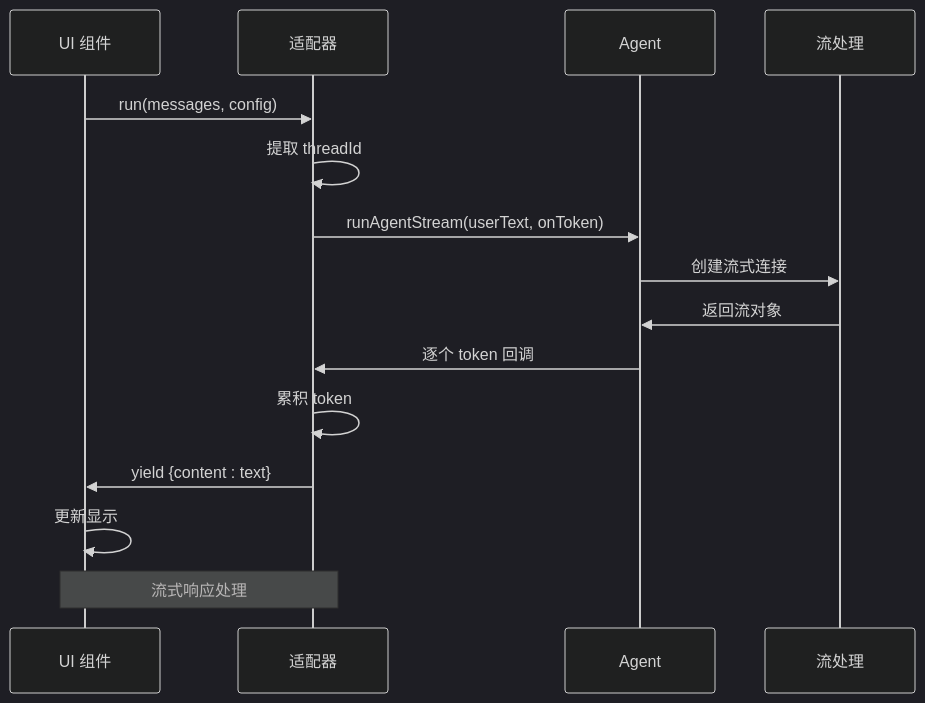
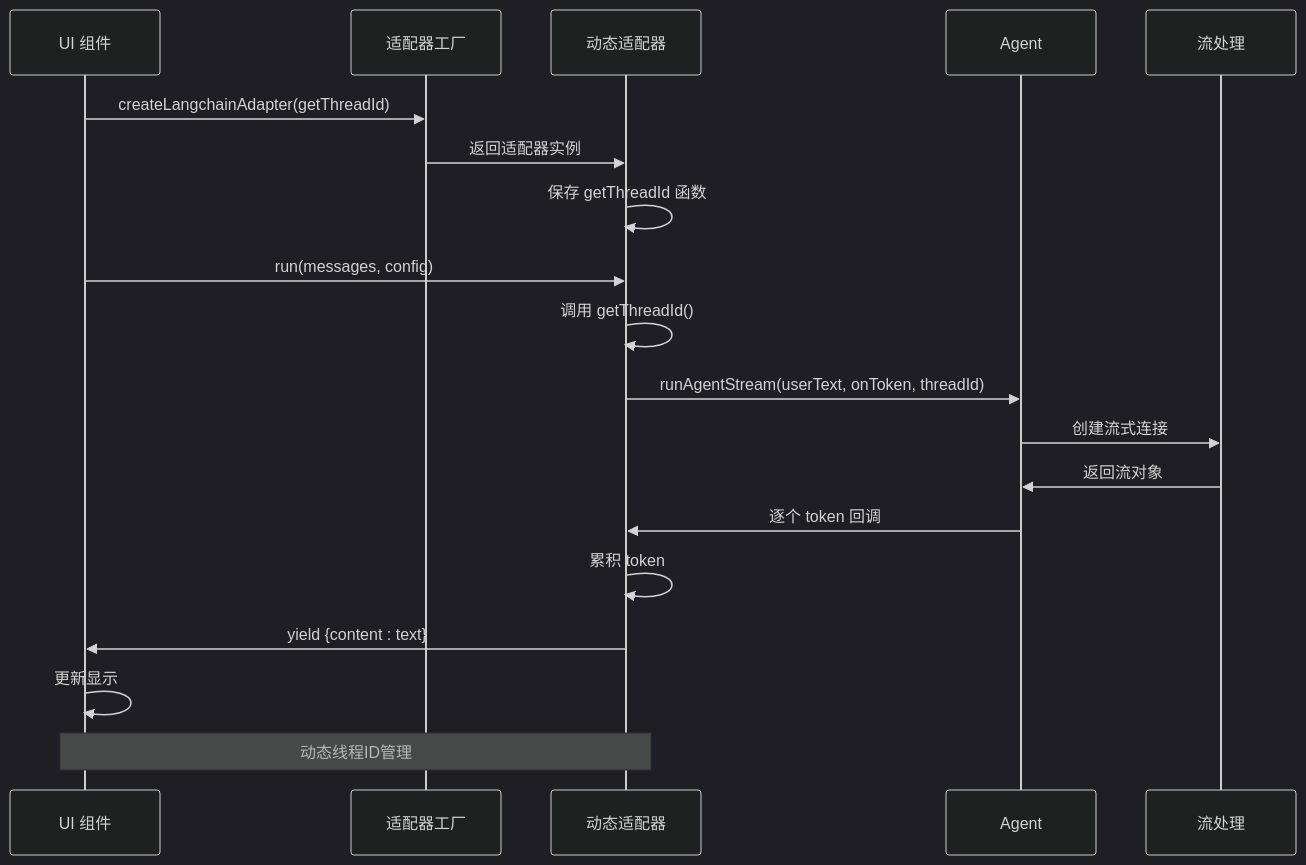
One commit to HAOFUYANG/onion-code changed the fifth of 14 diagrams in .qoder/repowiki/zh/content/核心架构/React 终端 UI 组件.md. Above: the diagram before and after it, drawn with Mermaid (dark theme). The commit also changed other lines of this file and 29 other files, not shown here.

````diff
--- a/.qoder/repowiki/zh/content/核心架构/React 终端 UI 组件.md
+++ b/.qoder/repowiki/zh/content/核心架构/React 终端 UI 组件.md
@@ -284,17 +313,21 @@
 ```mermaid
 sequenceDiagram
 participant UI as UI 组件
-participant Adapter as 适配器
+participant Factory as 适配器工厂
+participant Adapter as 动态适配器
 participant Agent as Agent
 participant Stream as 流处理
+UI->>Factory : createLangchainAdapter(getThreadId)
+Factory->>Adapter : 返回适配器实例
+Adapter->>Adapter : 保存 getThreadId 函数
 UI->>Adapter : run(messages, config)
-Adapter->>Adapter : 提取 threadId
-Adapter->>Agent : runAgentStream(userText, onToken)
+Adapter->>Adapter : 调用 getThreadId()
+Adapter->>Agent : runAgentStream(userText, onToken, threadId)
 Agent->>Stream : 创建流式连接
 Stream->>Agent : 返回流对象
 Agent->>Adapter : 逐个 token 回调
 Adapter->>Adapter : 累积 token
 Adapter->>UI : yield {content : text}
 UI->>UI : 更新显示
-Note over Adapter,UI : 流式响应处理
+Note over Adapter,UI : 动态线程ID管理
 ```
````
